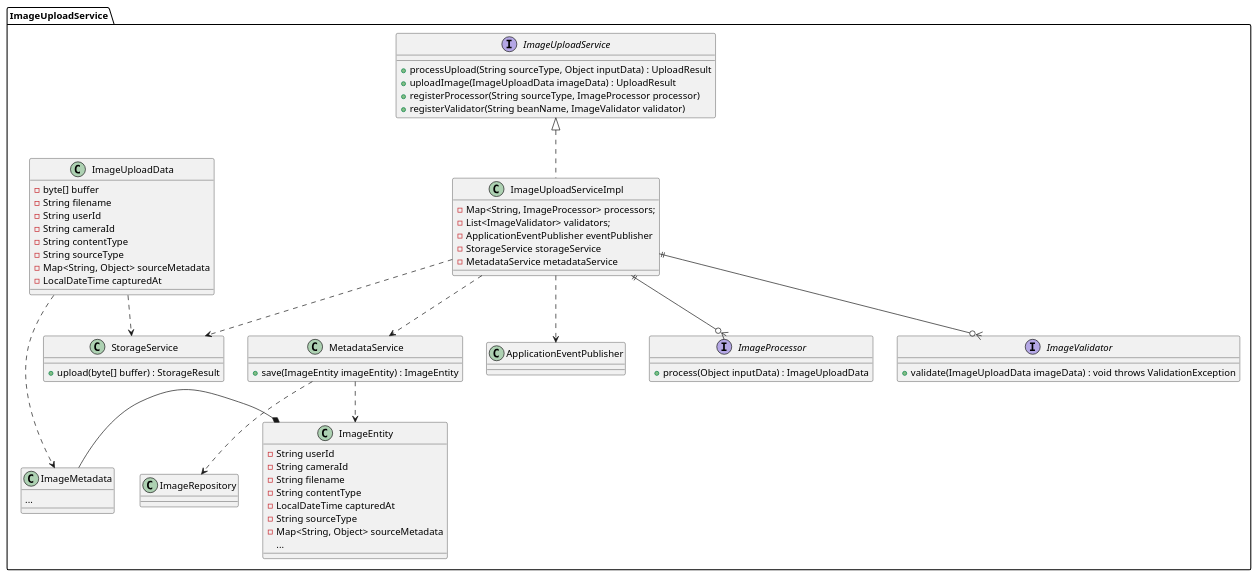
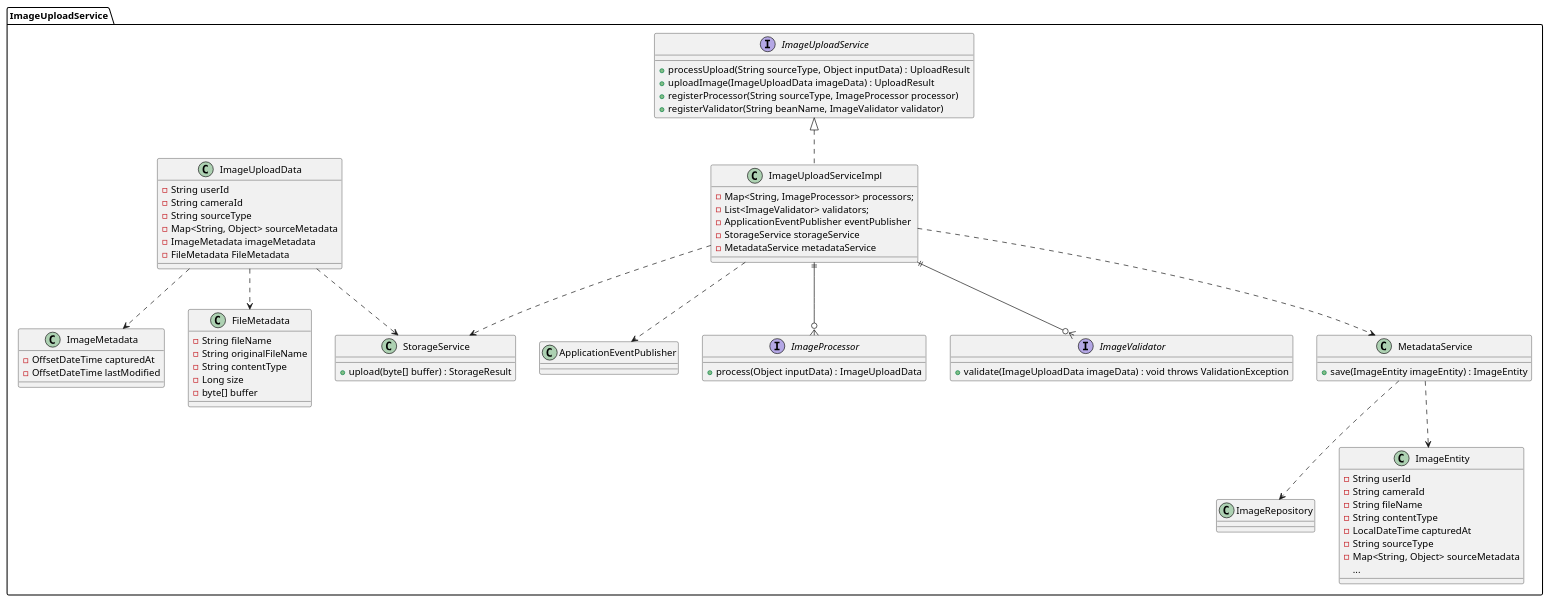
Before and after one commit to danielwennstrom/wildcloud_backend: the diagram in src/main/resources/diagrams/ImageUpload.puml, drawn with PlantUML. The commit also changed 1 other file, not shown here.

```diff
--- a/src/main/resources/diagrams/ImageUpload.puml
+++ b/src/main/resources/diagrams/ImageUpload.puml
@@ -1,88 +1,96 @@
 @startuml
 package ImageUploadService {
     ' sourceType = email, cloud, whatever
     interface ImageUploadService {
         + processUpload(String sourceType, Object inputData) : UploadResult
         + uploadImage(ImageUploadData imageData) : UploadResult
         + registerProcessor(String sourceType, ImageProcessor processor)
         + registerValidator(String beanName, ImageValidator validator)
     }
     
     /' The ApplicationEventPublisher executes registered @EventListener classes,
        so we could have notifyUser, notifyTeamMembers hooks etc. in Service classes
        StorageService uploads to Cloudflare R2,
        MetadataService saves metadata such as the CDN URL
     '/
     class ImageUploadServiceImpl implements ImageUploadService {
         - Map<String, ImageProcessor> processors;
         - List<ImageValidator> validators;
         - ApplicationEventPublisher eventPublisher
         - StorageService storageService
         - MetadataService metadataService
     }
         
     ImageUploadServiceImpl ||--o{ ImageProcessor
     ImageUploadServiceImpl ||--o{ ImageValidator
     ImageUploadServiceImpl ..> StorageService
     ImageUploadServiceImpl ..> MetadataService
     ImageUploadServiceImpl ..> ApplicationEventPublisher
     
     class StorageService {
         + upload(byte[] buffer) : StorageResult
     }
     
     ImageUploadData ..> StorageService
     
     class MetadataService {
         + save(ImageEntity imageEntity) : ImageEntity
     }
     
     MetadataService ..> ImageRepository
     MetadataService ..> ImageEntity
-    ImageEntity *- ImageMetadata
+
     ImageUploadData ..> ImageMetadata
+    ImageUploadData ..> FileMetadata
     
     class ImageEntity {
         - String userId
         - String cameraId
-        - String filename
+        - String fileName
         - String contentType
         - LocalDateTime capturedAt
         - String sourceType
         - Map<String, Object> sourceMetadata
         ...
     }
     
     class ImageMetadata {
-        ...
+        - OffsetDateTime capturedAt
+        - OffsetDateTime lastModified
+    }
+    
+    class FileMetadata {
+        - String fileName
+        - String originalFileName
+        - String contentType
+        - Long size
+        - byte[] buffer
     }
     
     /' sourceMetadata could have metadata like which cloud service the image is from, etc.
        Basically whatever we want
     '/
     class ImageUploadData {
-        - byte[] buffer
-        - String filename
         - String userId
         - String cameraId
-        - String contentType
         - String sourceType
         - Map<String, Object> sourceMetadata
-        - LocalDateTime capturedAt
+        - ImageMetadata imageMetadata
+        - FileMetadata FileMetadata
     }
     
     ' Strategy pattern (Manual upload, e-mail, cloud storage, whatever)
     interface ImageProcessor {
         + process(Object inputData) : ImageUploadData
     }
     
     /' Chain of Responsibility pattern
        The idea is to process the image data in a chain of validators,
        for example to check file size, file type, etc.
     '/
     interface ImageValidator {
         + validate(ImageUploadData imageData) : void throws ValidationException
     }
 }
 
 @enduml
```
